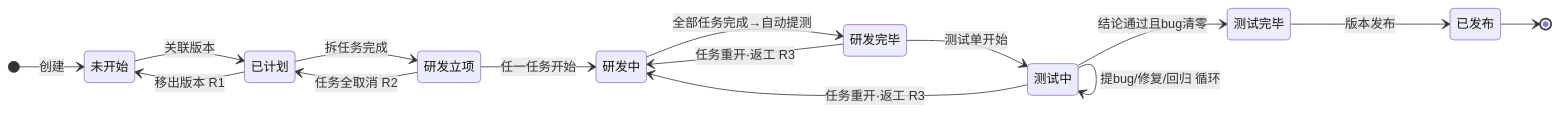
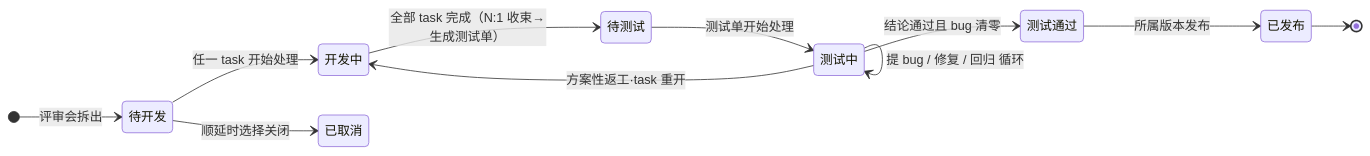
Before and after one commit to dhualai/OpenRobotService: diagram 11 of 14 in docs/PRODUCT/需求流转与版本管理设计方案.md, drawn with Mermaid. The commit also changed other lines of this file, not shown here.

````diff
--- a/docs/PRODUCT/需求流转与版本管理设计方案.md
+++ b/docs/PRODUCT/需求流转与版本管理设计方案.md
@@ -556,26 +786,21 @@
 ```mermaid
 stateDiagram-v2
     direction LR
-    state "未开始" as s0
-    state "已计划" as s1
-    state "研发立项" as s2
-    state "研发中" as s3
-    state "研发完毕" as s4
-    state "测试中" as s5
-    state "测试完毕" as s6
-    state "已发布" as s7
-    [*] --> s0: 创建
-    s0 --> s1: 关联版本
-    s1 --> s2: 拆任务完成
-    s2 --> s3: 任一任务开始
-    s3 --> s4: 全部任务完成→自动提测
-    s4 --> s5: 测试单开始
-    s5 --> s5: 提bug/修复/回归 循环
-    s5 --> s6: 结论通过且bug清零
-    s6 --> s7: 版本发布
-    s7 --> [*]
-    s1 --> s0: 移出版本 R1
-    s2 --> s1: 任务全取消 R2
-    s5 --> s3: 任务重开·返工 R3
-    s4 --> s3: 任务重开·返工 R3
+    state "待开发" as s0
+    state "开发中" as s1
+    state "待测试" as s2
+    state "测试中" as s3
+    state "测试通过" as s4
+    state "已发布" as s5
+    state "已取消" as s6
+    [*] --> s0: 评审会拆出
+    s0 --> s1: 任一 task 开始处理
+    s1 --> s2: 全部 task 完成（N:1 收束→生成测试单）
+    s2 --> s3: 测试单开始处理
+    s3 --> s3: 提 bug / 修复 / 回归 循环
+    s3 --> s4: 结论通过且 bug 清零
+    s3 --> s1: 方案性返工·task 重开
+    s4 --> s5: 所属版本发布
+    s0 --> s6: 顺延时选择关闭
+    s5 --> [*]
 ```
````
